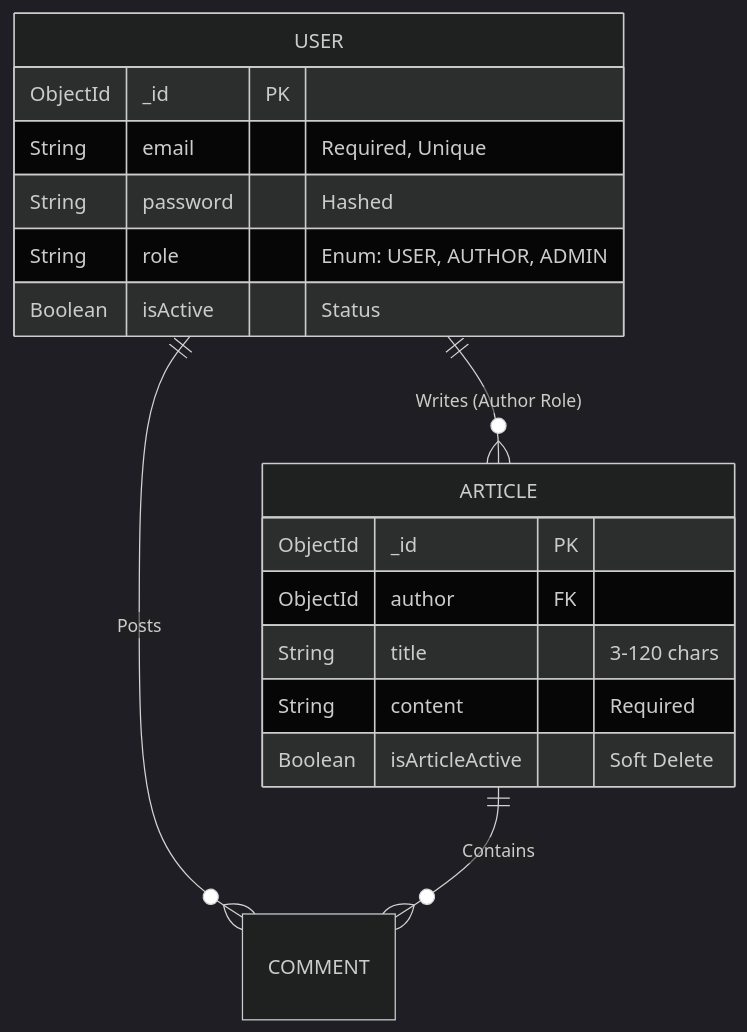
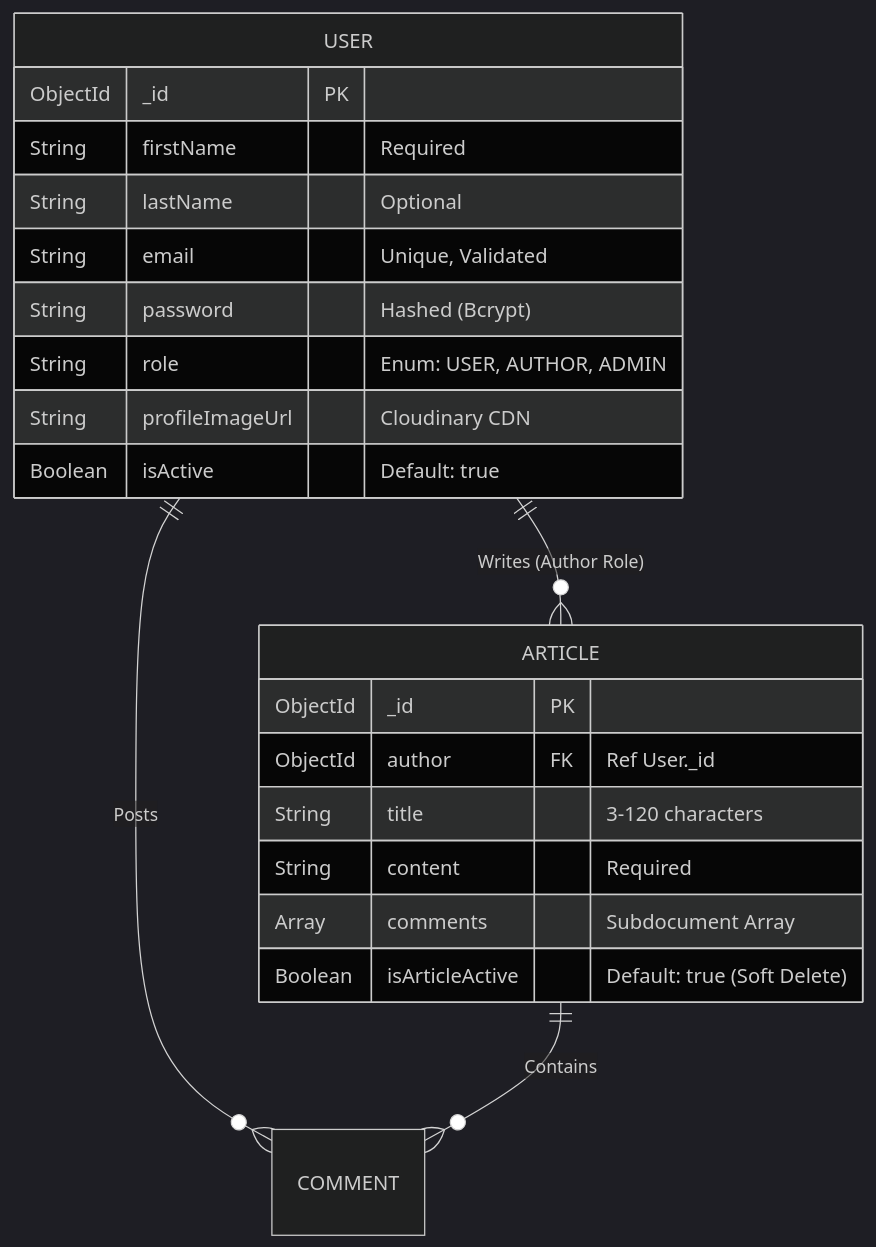
Before and after one commit to Akhila-1703/blog-app: the diagram in backend/README.md, drawn with Mermaid (dark theme). The commit also changed other lines of this file and 2 other files, not shown here.

````diff
--- a/backend/README.md
+++ b/backend/README.md
@@ -87,22 +97,26 @@
 ```mermaid
 erDiagram
     USER ||--o{ ARTICLE : "Writes (Author Role)"
     USER ||--o{ COMMENT : "Posts"
     ARTICLE ||--o{ COMMENT : "Contains"
 
     USER {
         ObjectId _id PK
-        String email "Required, Unique"
-        String password "Hashed"
+        String firstName "Required"
+        String lastName "Optional"
+        String email "Unique, Validated"
+        String password "Hashed (Bcrypt)"
         String role "Enum: USER, AUTHOR, ADMIN"
-        Boolean isActive "Status"
+        String profileImageUrl "Cloudinary CDN"
+        Boolean isActive "Default: true"
     }
 
     ARTICLE {
         ObjectId _id PK
-        ObjectId author FK
-        String title "3-120 chars"
+        ObjectId author FK "Ref User._id"
+        String title "3-120 characters"
         String content "Required"
-        Boolean isArticleActive "Soft Delete"
+        Array comments "Subdocument Array"
+        Boolean isArticleActive "Default: true (Soft Delete)"
     }
 ```
````
